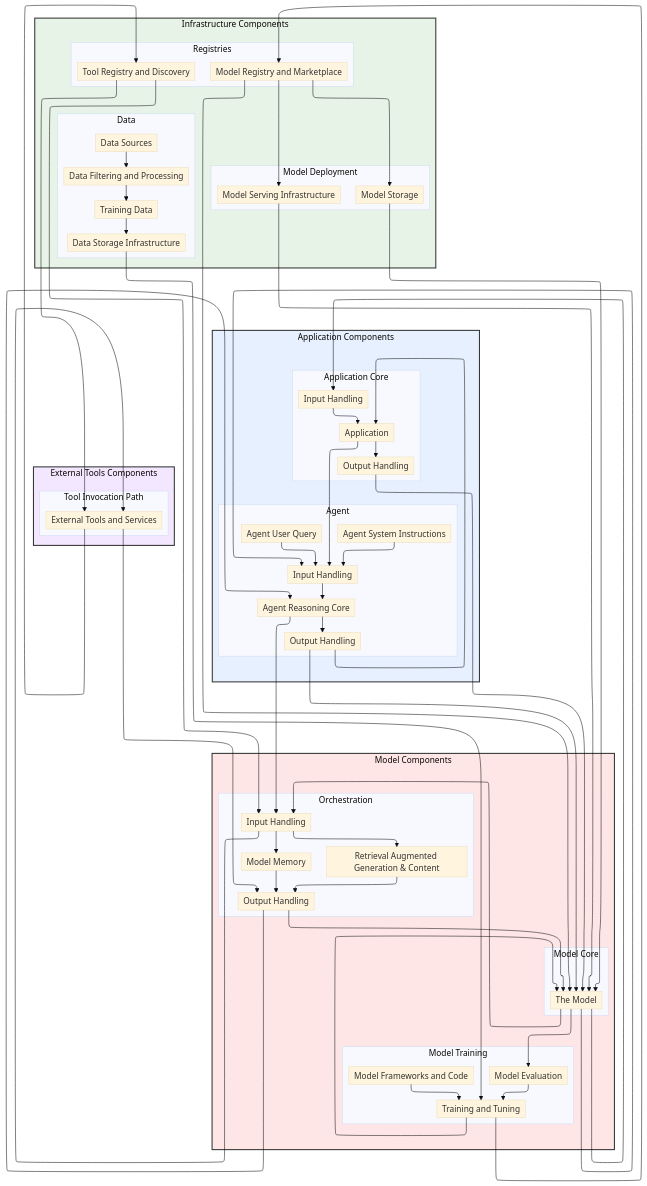
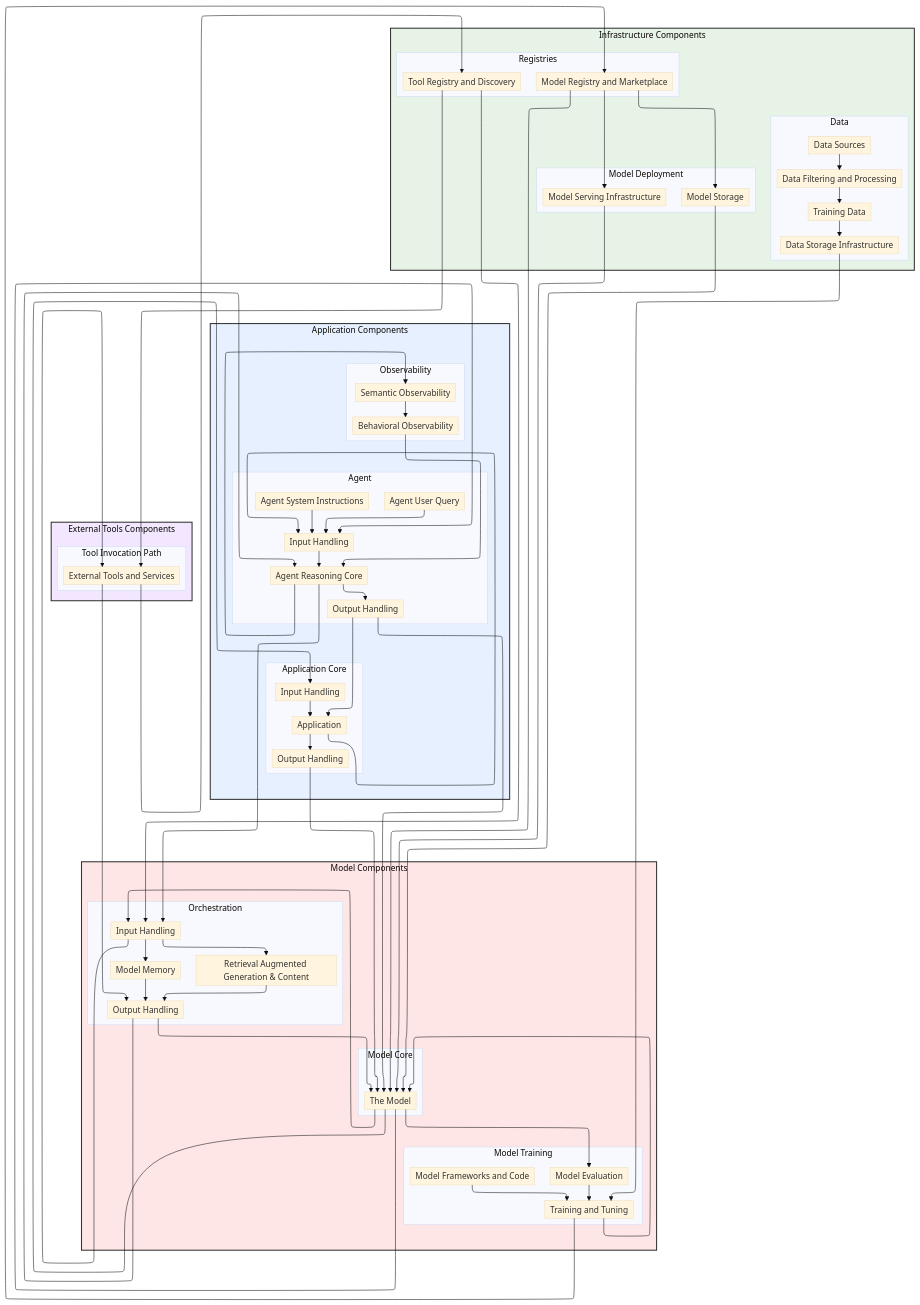
The diagram in risk-map/diagrams/risk-map-graph.md (cosai-oasis/secure-ai-tooling), drawn with Mermaid (base theme) before and after one commit. The commit also changed 13 other files, not shown here.

```diff
--- a/risk-map/diagrams/risk-map-graph.md
+++ b/risk-map/diagrams/risk-map-graph.md
@@ -59,6 +59,10 @@
             componentAgentUserQuery[Agent User Query]
             componentReasoningCore[Agent Reasoning Core]
         end
+        subgraph componentsObservability ["Observability"]
+            componentBehavioralObservability[Behavioral Observability]
+            componentSemanticObservability[Semantic Observability]
+        end
     end
 
     subgraph componentsExternalTools ["External Tools Components"]
@@ -91,6 +95,7 @@
     componentApplicationInputHandling --> componentApplication
     componentReasoningCore --> componentAgentOutputHandling
     componentReasoningCore --> componentOrchestrationInputHandling
+    componentReasoningCore --> componentSemanticObservability
     componentOrchestrationOutputHandling --> componentReasoningCore
     componentOrchestrationOutputHandling --> componentTheModel
     componentOrchestrationInputHandling --> componentTools
@@ -107,6 +112,8 @@
     componentAgentInputHandling --> componentReasoningCore
     componentAgentOutputHandling --> componentApplication
     componentAgentOutputHandling --> componentTheModel
+    componentSemanticObservability --> componentBehavioralObservability
+    componentBehavioralObservability --> componentReasoningCore
 
 %% Node style definitions
     style componentsInfrastructure fill:#e6f3e6,stroke:#333333,stroke-width:2px
```
